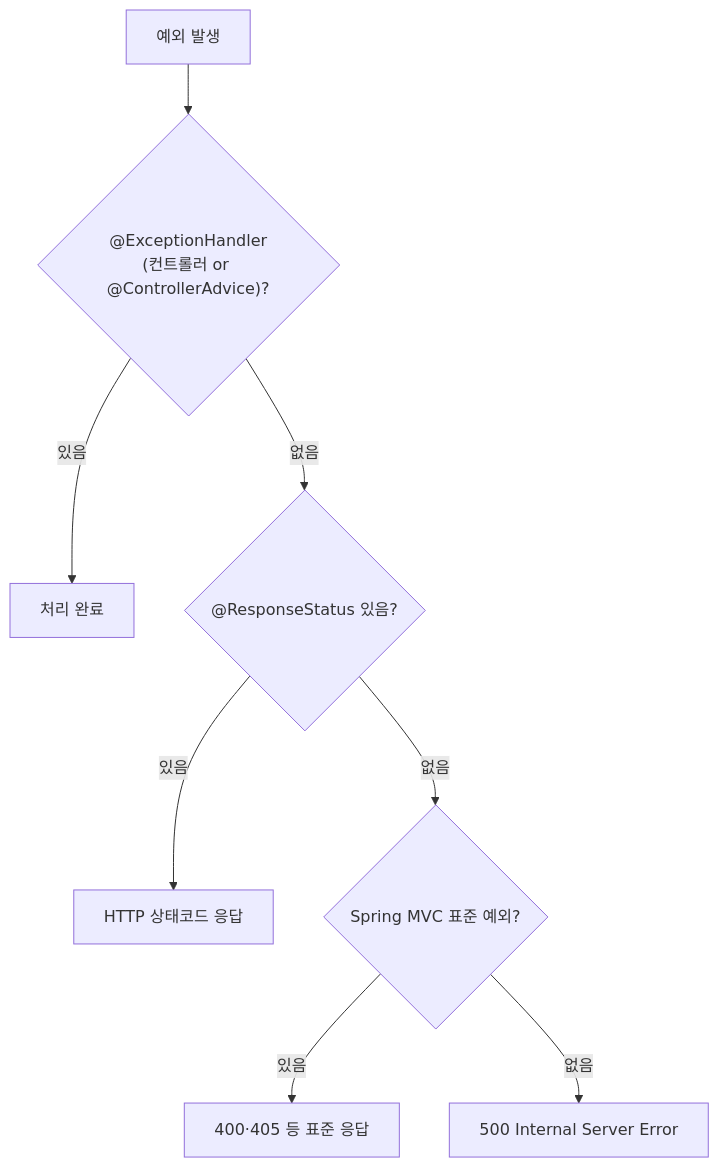
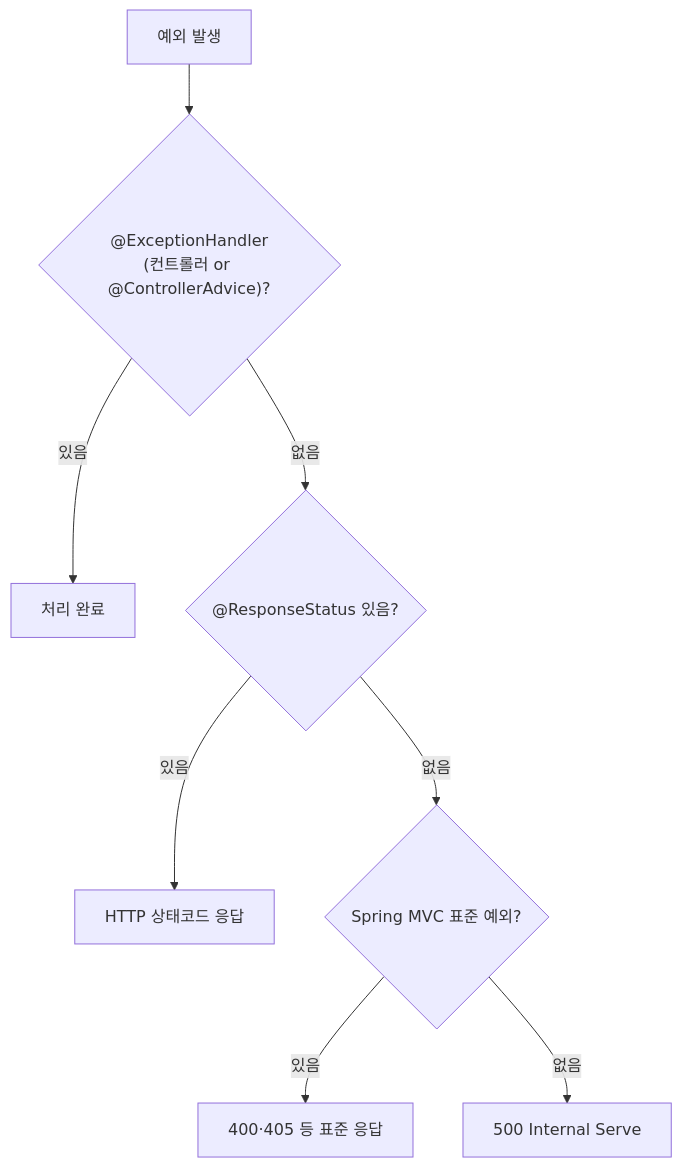
The eighth of 14 diagrams in _posts/spring/2026-05-02-spring-mvc-deep.md (yjkim2015/yjkim2015.github.io), drawn with Mermaid before and after one commit. The commit also changed other lines of this file and 271 other files, not shown here.

First line of the commit message:
Mermaid 라벨 축소: 긴 노드 텍스트 18자 이하로 트림 + \n 제거

````diff
--- a/_posts/spring/2026-05-02-spring-mvc-deep.md
+++ b/_posts/spring/2026-05-02-spring-mvc-deep.md
@@ -560,10 +560,10 @@
 ```mermaid
 flowchart TD
     A["예외 발생"] --> B{"@ExceptionHandler\n(컨트롤러 or @ControllerAdvice)?"}
     B -->|"있음"| C["처리 완료"]
     B -->|"없음"| D{"@ResponseStatus 있음?"}
     D -->|"있음"| E["HTTP 상태코드 응답"]
     D -->|"없음"| F{"Spring MVC 표준 예외?"}
     F -->|"있음"| G["400·405 등 표준 응답"]
-    F -->|"없음"| H["500 Internal Server Error"]
+    F -->|"없음"| H["500 Internal Serve"]
 ```
````
